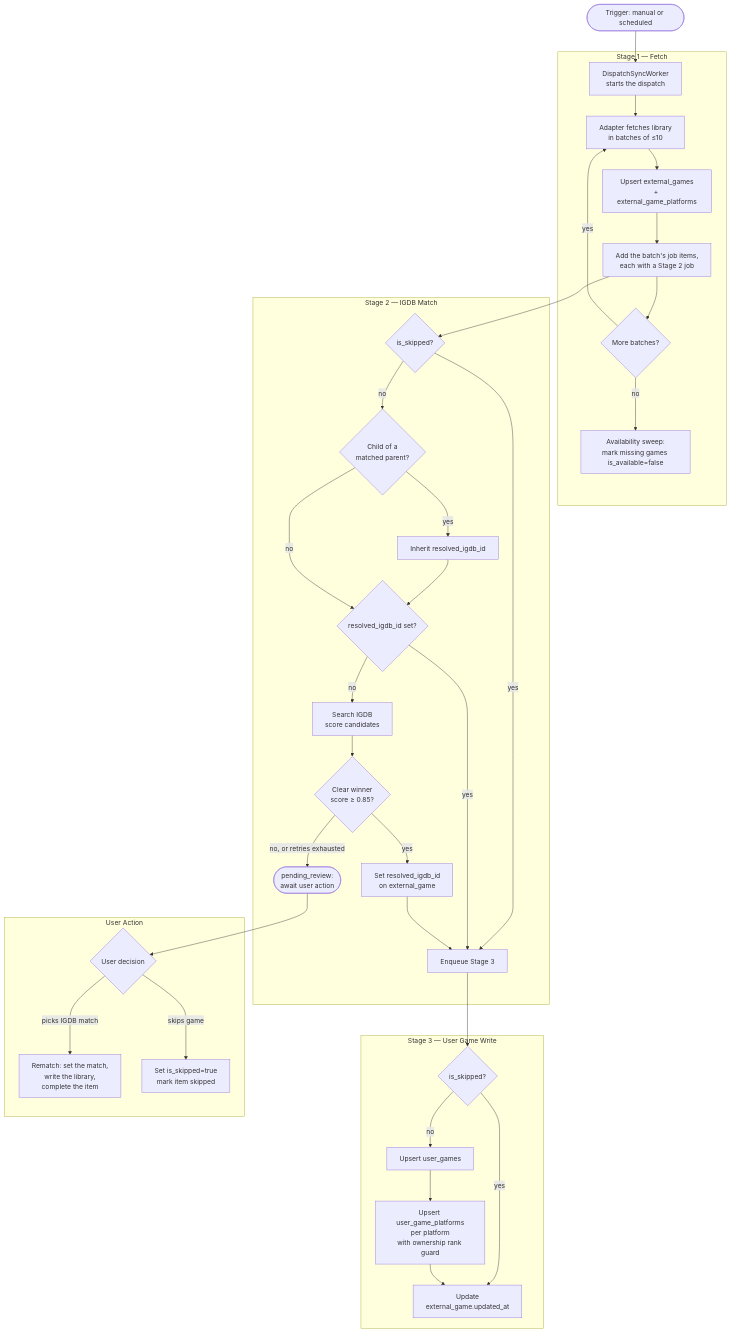
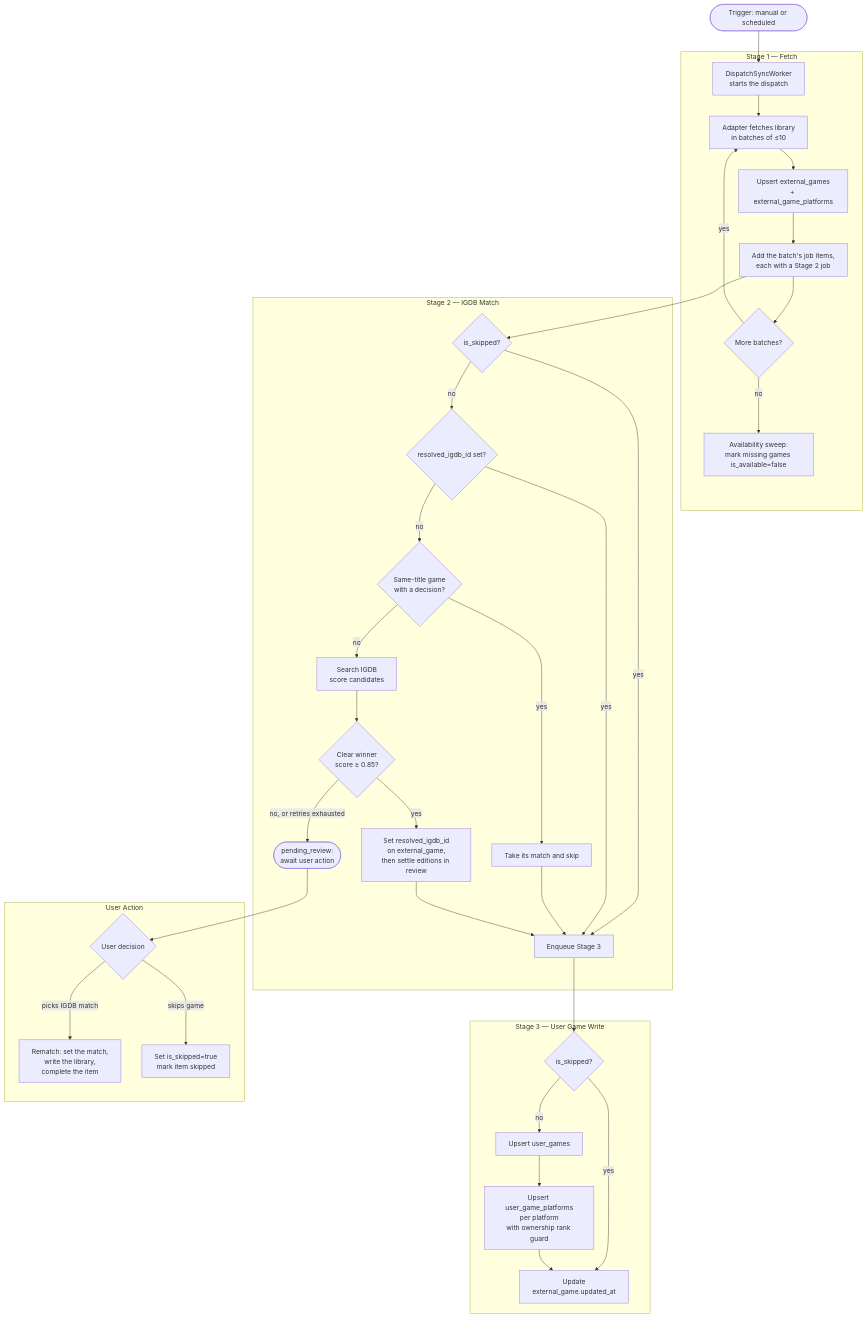
The diagram in docs/sync.md (drzero42/nexorious), drawn with Mermaid before and after one commit. The commit also changed other lines of this file and 33 other files, not shown here.

Commit message:
feat: derive a game's editions instead of storing parent and Child games (#1453)

````diff
--- a/docs/sync.md
+++ b/docs/sync.md
@@ -90,43 +90,43 @@
 ```mermaid
 flowchart TD
     A([Trigger: manual or scheduled]) --> B
 
     subgraph Stage1["Stage 1 — Fetch"]
         B[DispatchSyncWorker<br/>starts the dispatch] --> C
         C[Adapter fetches library<br/>in batches of ≤10] --> D
         D[Upsert external_games<br/>+ external_game_platforms] --> E
         E[Add the batch's job items,<br/>each with a Stage 2 job] --> F{More batches?}
         F -->|yes| C
         F -->|no| G[Availability sweep:<br/>mark missing games is_available=false]
     end
 
     subgraph Stage2["Stage 2 — IGDB Match"]
         H{is_skipped?} -->|yes| L
-        H -->|no| I{Child of a<br/>matched parent?}
-        I -->|yes| J[Inherit resolved_igdb_id]
-        J --> K{resolved_igdb_id set?}
-        I -->|no| K
+        H -->|no| K{resolved_igdb_id set?}
         K -->|yes| L[Enqueue Stage 3]
-        K -->|no| N[Search IGDB<br/>score candidates]
+        K -->|no| I{Same-title game<br/>with a decision?}
+        I -->|yes| J[Take its match and skip]
+        J --> L
+        I -->|no| N[Search IGDB<br/>score candidates]
         N --> O{Clear winner<br/>score ≥ 0.85?}
-        O -->|yes| P[Set resolved_igdb_id<br/>on external_game]
+        O -->|yes| P[Set resolved_igdb_id<br/>on external_game,<br/>then settle editions in review]
         P --> L
         O -->|no, or retries exhausted| M([pending_review:<br/>await user action])
     end
 
     subgraph Stage3["Stage 3 — User Game Write"]
         S3A{is_skipped?} -->|yes| S3D[Update<br/>external_game.updated_at]
         S3A -->|no| S3B[Upsert user_games]
         S3B --> S3C[Upsert user_game_platforms<br/>per platform<br/>with ownership rank guard]
         S3C --> S3D
     end
 
     subgraph UserAction["User Action"]
         M --> R{User decision}
         R -->|picks IGDB match| S[Rematch: set the match,<br/>write the library,<br/>complete the item]
         R -->|skips game| T[Set is_skipped=true<br/>mark item skipped]
     end
 
     E --> H
     L --> S3A
 ```
````
